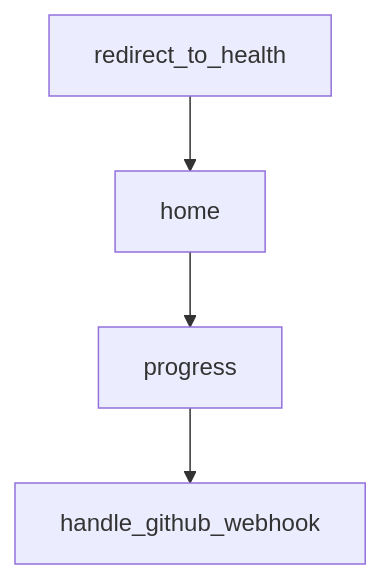
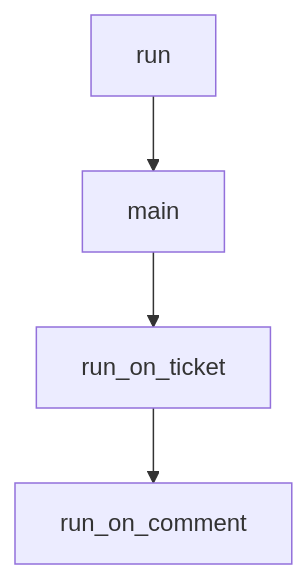
One commit to johnxie/awesome-code-docs changed the diagram in tutorials/sweep-tutorial/03-repository-configuration-and-governance.md. Above: the diagram before and after it, drawn with Mermaid. The commit also changed other lines of this file and 1232 other files, not shown here.

````diff
--- a/tutorials/sweep-tutorial/03-repository-configuration-and-governance.md
+++ b/tutorials/sweep-tutorial/03-repository-configuration-and-governance.md
@@ -230,10 +228,10 @@
 ```mermaid
 flowchart TD
-    A[redirect_to_health]
-    B[home]
-    C[progress]
-    D[handle_github_webhook]
+    A[run]
+    B[main]
+    C[run_on_ticket]
+    D[run_on_comment]
     A --> B
     B --> C
     C --> D
 ```
````
